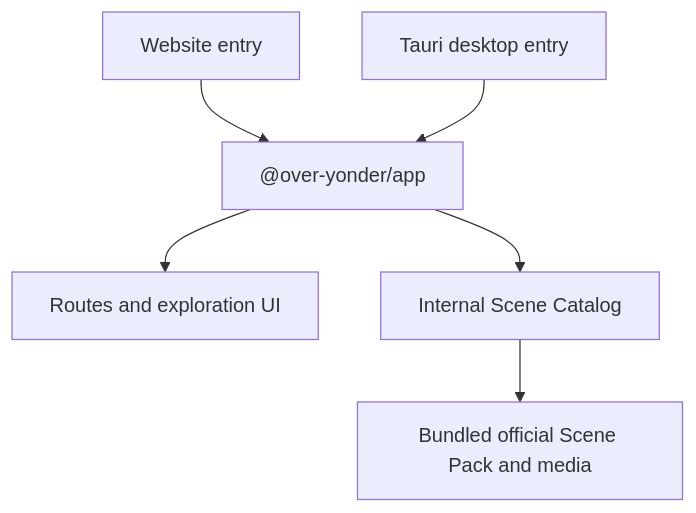
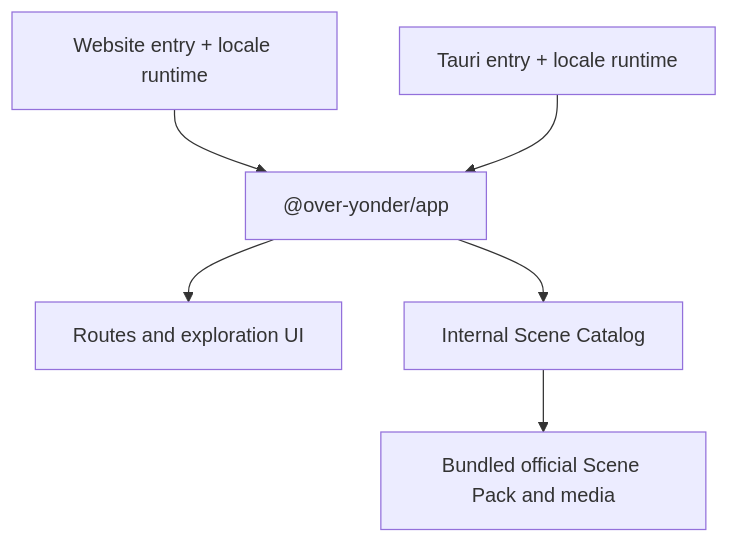
The diagram in docs/architecture.md (chansyawn/over-yonder), drawn with Mermaid before and after one commit. The commit also changed other lines of this file and 41 other files, not shown here.

````diff
--- a/docs/architecture.md
+++ b/docs/architecture.md
@@ -12,8 +12,8 @@
 ```mermaid
 flowchart TD
-    Website["Website entry"] --> App["@over-yonder/app"]
-    Desktop["Tauri desktop entry"] --> App
+    Website["Website entry + locale runtime"] --> App["@over-yonder/app"]
+    Desktop["Tauri entry + locale runtime"] --> App
     App --> Router["Routes and exploration UI"]
     App --> Catalog["Internal Scene Catalog"]
     Catalog --> Pack["Bundled official Scene Pack and media"]
 ```
````
